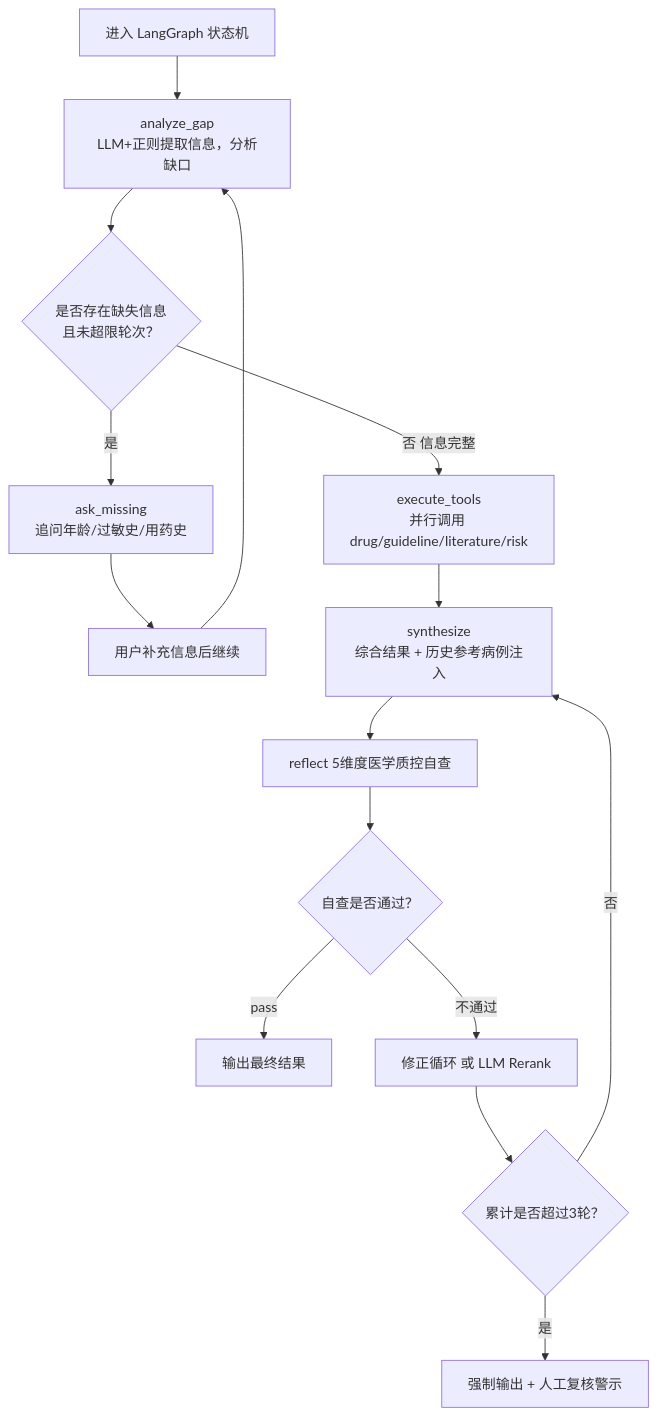
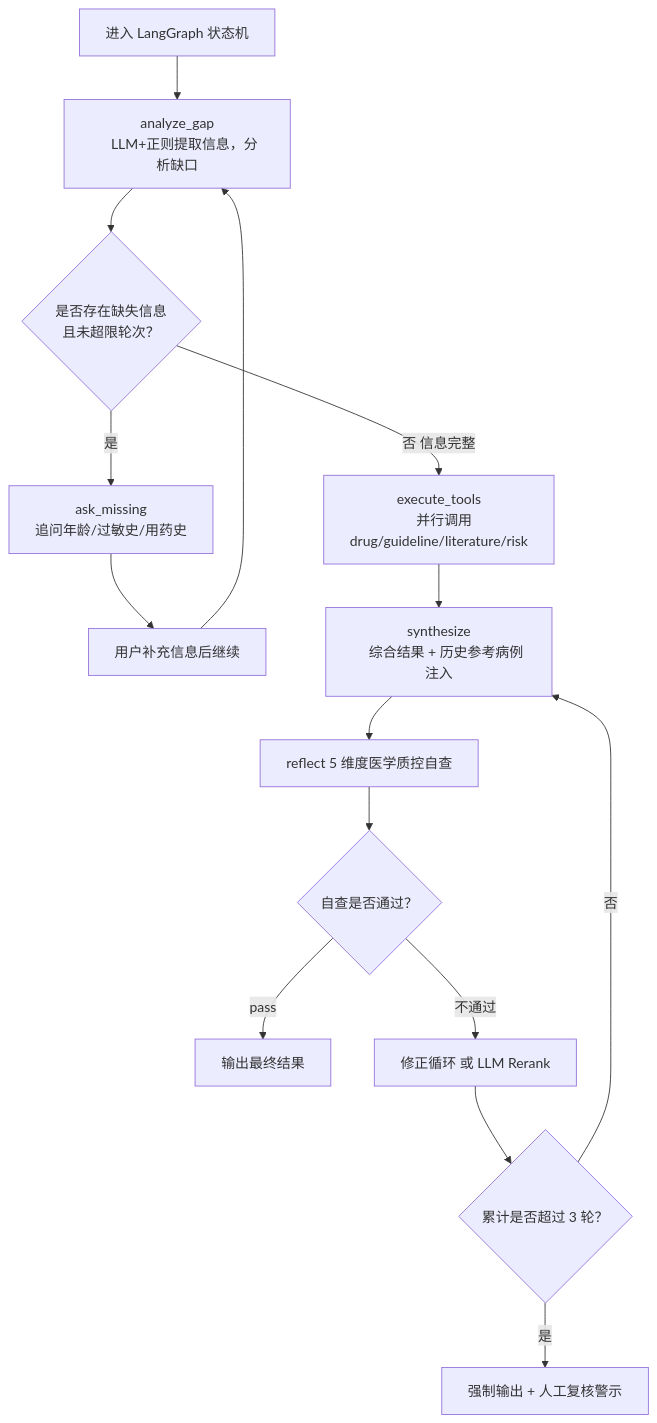
Before and after one commit to Dillon-Xue/med_agent_v1: the second of 5 diagrams in README.md, drawn with Mermaid. The commit also changed other lines of this file, not shown here.

````diff
--- a/README.md
+++ b/README.md
@@ -242,17 +285,22 @@
 ```mermaid
 flowchart TD
-    A[进入 LangGraph 状态机] --> B[analyze_gap<br>LLM+正则提取信息，分析缺口]
-    B --> C{是否存在缺失信息<br>且未超限轮次？}
-    C -->|是| D[ask_missing<br>追问年龄/过敏史/用药史]
+    A[进入 LangGraph 状态机] --> B[analyze_gap
+    LLM+正则提取信息，分析缺口]
+    B --> C{是否存在缺失信息
+    且未超限轮次？}
+    C -->|是| D[ask_missing
+    追问年龄/过敏史/用药史]
     D --> E[用户补充信息后继续]
     E --> B
-    C -->|否 信息完整| F[execute_tools<br>并行调用 drug/guideline/literature/risk]
-    F --> G[synthesize<br>综合结果 + 历史参考病例注入]
-    G --> H[reflect 5维度医学质控自查]
+    C -->|否 信息完整| F[execute_tools
+    并行调用 drug/guideline/literature/risk]
+    F --> G[synthesize
+    综合结果 + 历史参考病例注入]
+    G --> H[reflect 5 维度医学质控自查]
     H --> I{自查是否通过？}
     I -->|pass| J[输出最终结果]
     I -->|不通过| K[修正循环 或 LLM Rerank]
-    K --> L{累计是否超过3轮？}
+    K --> L{累计是否超过 3 轮？}
     L -->|否| G
     L -->|是| M[强制输出 + 人工复核警示]
 ```
````
